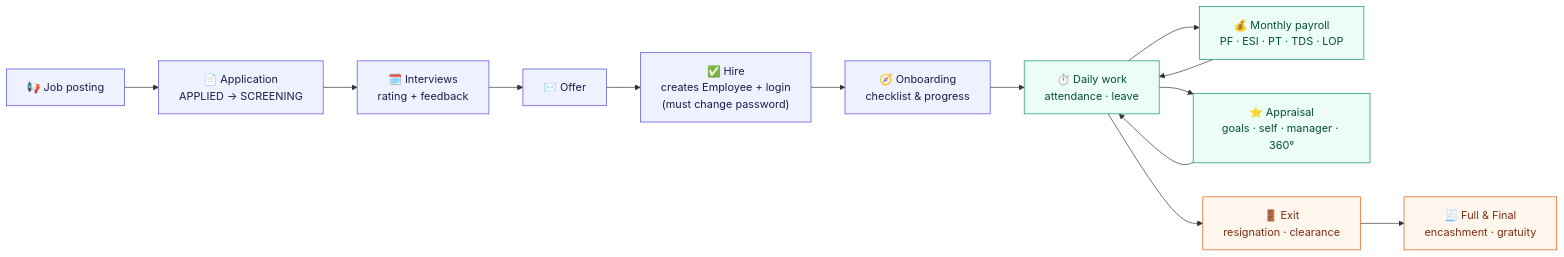
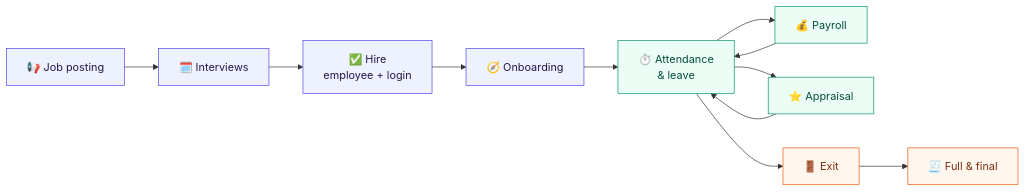
One commit to ayukaushik1357-bit/HRGenius changed the sixth of 7 diagrams in README.md. Above: the diagram before and after it, drawn with Mermaid. The commit also changed other lines of this file, not shown here.

First line of the commit message:
docs: shorter README with new architecture diagrams

````diff
--- a/README.md
+++ b/README.md
@@ -192,22 +227,15 @@
 ```mermaid
 flowchart LR
-    J["📢 Job posting"] --> AP["📄 Application<br/>APPLIED → SCREENING"]
-    AP --> IV["🗓️ Interviews<br/>rating + feedback"]
-    IV --> OF["✉️ Offer"]
-    OF --> HI["✅ Hire<br/>creates Employee + login<br/>(must change password)"]
-    HI --> ON["🧭 Onboarding<br/>checklist & progress"]
-    ON --> WK["⏱️ Daily work<br/>attendance · leave"]
-    WK --> PY["💰 Monthly payroll<br/>PF · ESI · PT · TDS · LOP"]
-    PY --> WK
-    WK --> PR["⭐ Appraisal<br/>goals · self · manager · 360°"]
-    PR --> WK
-    WK --> EX["🚪 Exit<br/>resignation · clearance"]
-    EX --> FNF["🧾 Full & Final<br/>encashment · gratuity"]
+    J["📢 Job posting"] --> I["🗓️ Interviews"] --> H["✅ Hire<br/>employee + login"] --> O["🧭 Onboarding"]
+    O --> W["⏱️ Attendance<br/>& leave"]
+    W --> P["💰 Payroll"] --> W
+    W --> A["⭐ Appraisal"] --> W
+    W --> E["🚪 Exit"] --> F["🧾 Full & final"]
 
-    classDef hire fill:#EEF2FF,stroke:#4F46E5,color:#1e1b4b
-    classDef run fill:#ECFDF5,stroke:#059669,color:#064e3b
-    classDef exit fill:#FFF7ED,stroke:#EA580C,color:#7c2d12
-    class J,AP,IV,OF,HI,ON hire
-    class WK,PY,PR run
-    class EX,FNF exit
+    classDef hire fill:#EEF2FF,stroke:#4F46E5,color:#1E1B4B
+    classDef run fill:#ECFDF5,stroke:#059669,color:#064E3B
+    classDef exit fill:#FFF7ED,stroke:#EA580C,color:#7C2D12
+    class J,I,H,O hire
+    class W,P,A run
+    class E,F exit
 ```
````
